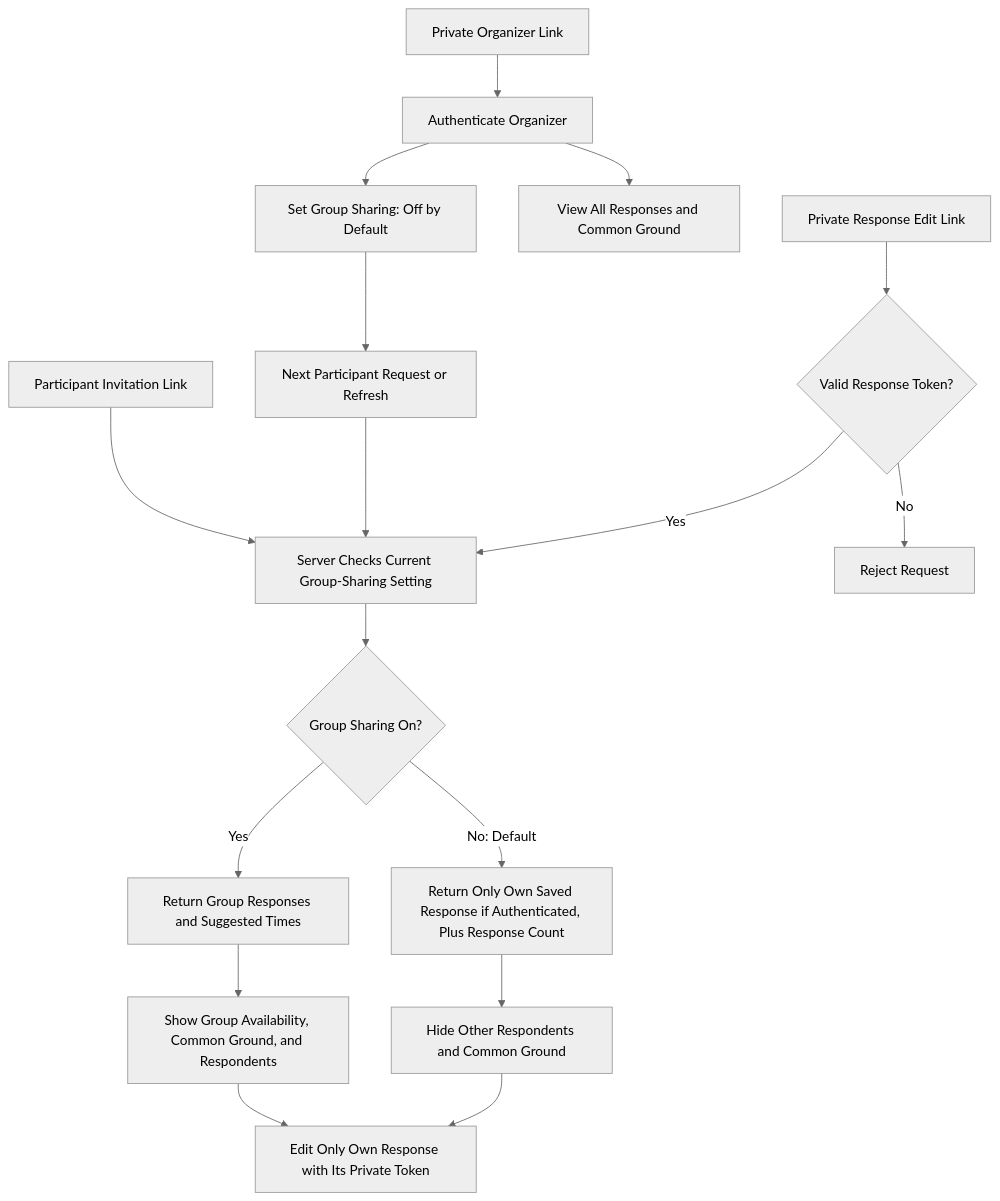
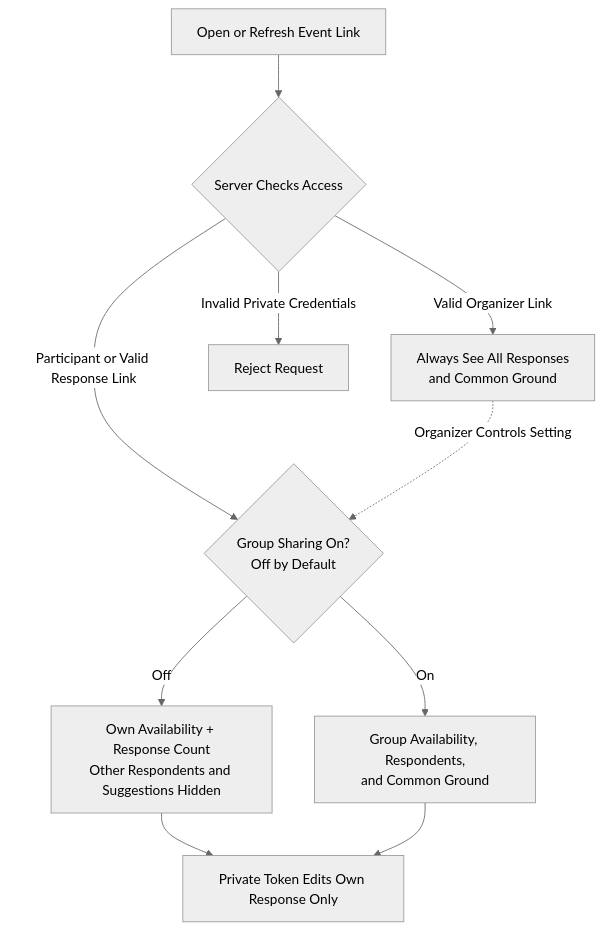
Before and after one commit to jimmy181211/whenkin: the first of 3 diagrams in docs/flowchart.md, drawn with Mermaid (neutral theme). The commit also changed 1 other file, not shown here.

Commit message:
Simplify the privacy and overview flowcharts
Merge repeated authentication, visibility, and refresh steps while retaining all privacy and access rules. Keep the detailed permissions table and explanations unchanged.

````diff
--- a/docs/flowchart.md
+++ b/docs/flowchart.md
@@ -9,19 +9,12 @@
 ```mermaid
 flowchart TD
-  O["Private Organizer Link"] --> OA["Authenticate Organizer"]
-  OA --> OV["View All Responses and Common Ground"]
-  OA --> T["Set Group Sharing: Off by Default"]
-  I["Participant Invitation Link"] --> P["Server Checks Current Group-Sharing Setting"]
-  E["Private Response Edit Link"] --> V{"Valid Response Token?"}
-  V -->|No| X["Reject Request"]
-  V -->|Yes| P
-  T --> R["Next Participant Request or Refresh"]
-  R --> P
-  P --> S{"Group Sharing On?"}
-  S -->|"No: Default"| H["Return Only Own Saved Response if Authenticated, Plus Response Count"]
-  H --> HU["Hide Other Respondents and Common Ground"]
-  S -->|Yes| G["Return Group Responses and Suggested Times"]
-  G --> GU["Show Group Availability, Common Ground, and Respondents"]
-  HU --> W["Edit Only Own Response with Its Private Token"]
-  GU --> W
+  L["Open or Refresh Event Link"] --> A{"Server Checks Access"}
+  A -->|"Valid Organizer Link"| O["Always See All Responses<br/>and Common Ground"]
+  A -->|"Participant or Valid Response Link"| S{"Group Sharing On?<br/>Off by Default"}
+  A -->|"Invalid Private Credentials"| X["Reject Request"]
+  O -.->|"Organizer Controls Setting"| S
+  S -->|Off| H["Own Availability + Response Count<br/>Other Respondents and Suggestions Hidden"]
+  S -->|On| G["Group Availability, Respondents,<br/>and Common Ground"]
+  H --> E["Private Token Edits Own Response Only"]
+  G --> E
 ```
````
